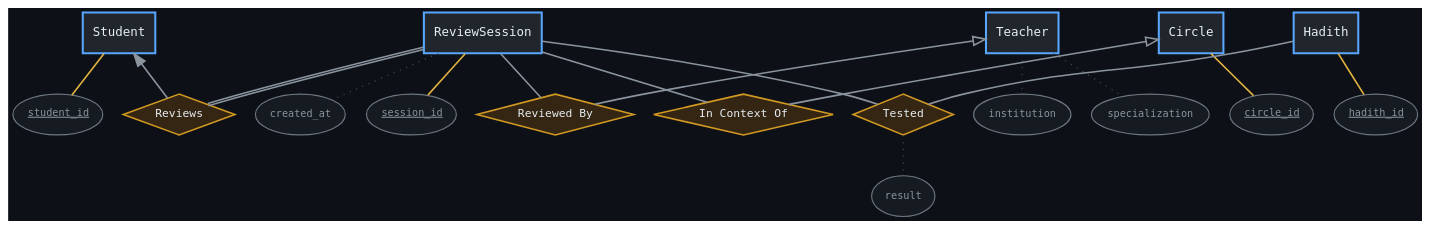
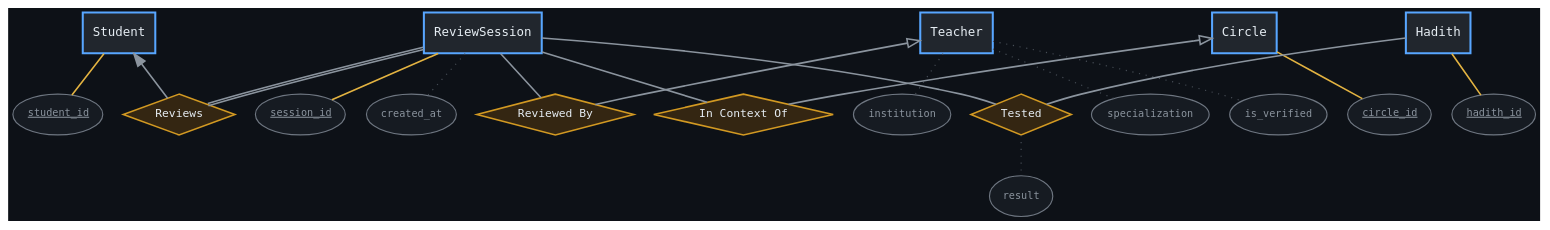
The diagram in docs/erd/chen/reviews.dot (Kamrulhasan12345/ilham), drawn with Graphviz before and after one commit. The commit also changed 22 other files, not shown here.

```diff
--- a/docs/erd/chen/reviews.dot
+++ b/docs/erd/chen/reviews.dot
@@ -1,59 +1,61 @@
 digraph ERD_Reviews {
     bgcolor="#0D1117";
     splines=spline;
     overlap=prism;
     sep="+8";
     esep="+4";
     K=1.1;
     graph [fontname="DejaVu Sans Mono", fontcolor="#C9D1D9"];
     node [fontname="DejaVu Sans Mono", fontsize=11];
     // Cardinality is carried by arrowheads, not 1/N labels. The arrow points at
     // the "one" side: filled = exactly one, hollow = at most one, none = many.
     // Written `Entity -> Relationship`, so the head lands on the tail (dir=back).
     // dir=none is the graph-level default -- attribute and ISA edges stay plain.
     edge [fontname="DejaVu Sans Mono", fontsize=9, color="#8B949E", fontcolor="#C9D1D9", dir=none, arrowsize=1.1];
 
     // Entity boxes
     node [shape=box, style="filled,bold", penwidth=1.8, fillcolor="#21262D", color="#58A6FF", fontcolor="#E6EDF3"];
     Student; Teacher; Circle; Hadith; ReviewSession;
 
     // Relationship diamonds
     node [shape=diamond, style=filled, fillcolor="#342612", color="#D29922", penwidth=1.4, fontsize=10, fontcolor="#E6EDF3"];
     Reviews     [label="Reviews"];
     ReviewedBy  [label="Reviewed By"];
     InContextOf [label="In Context Of"];
     Tested      [label="Tested"];
 
     // Attribute ellipses
     node [shape=ellipse, style="filled", fillcolor="#161B22", color="#6E7681", penwidth=1, fontsize=9, fontcolor="#8B949E"];
     student_id [label=<<U>student_id</U>>];
     t_inst [label="institution"];
     t_spec [label="specialization"];
+    t_verified [label="is_verified"];
     circle_id [label=<<U>circle_id</U>>];
     hadith_id [label=<<U>hadith_id</U>>];
     session_id [label=<<U>session_id</U>>];
     rs_created [label="created_at"];
     result_attr [label="result"];
 
     // PK edges
     edge [color="#484F58", style=dotted];
     Student -> student_id [color="#E3B341", style=solid, penwidth=1.4];
     Teacher -> t_inst;
     Teacher -> t_spec;
+    Teacher -> t_verified;
     Circle -> circle_id [color="#E3B341", style=solid, penwidth=1.4];
     Hadith -> hadith_id [color="#E3B341", style=solid, penwidth=1.4];
     ReviewSession -> session_id [color="#E3B341", style=solid, penwidth=1.4];
     ReviewSession -> rs_created;
     Tested -> result_attr;
 
     // Relationships
     edge [color="#8B949E", style=solid, fontsize=11, fontcolor="#C9D1D9", penwidth=1.4];
     ReviewSession -> Reviews [color="#8B949E:#8B949E"];
     Student       -> Reviews [dir=back, arrowtail=normal];
     ReviewSession -> ReviewedBy;
     Teacher       -> ReviewedBy [dir=back, arrowtail=onormal];   // reviewer_id NULL = self-study
     ReviewSession -> InContextOf;
     Circle        -> InContextOf [dir=back, arrowtail=onormal];  // circle_id nullable
     ReviewSession -> Tested;
     Hadith        -> Tested;
 }
```
